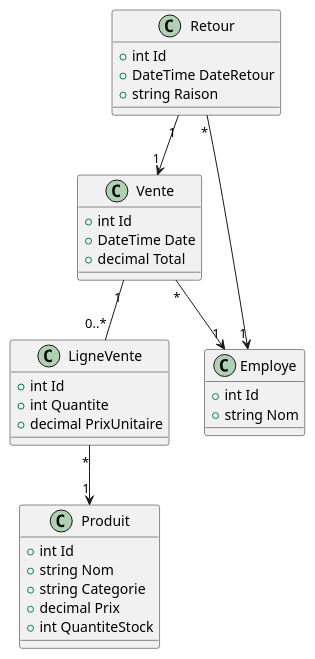
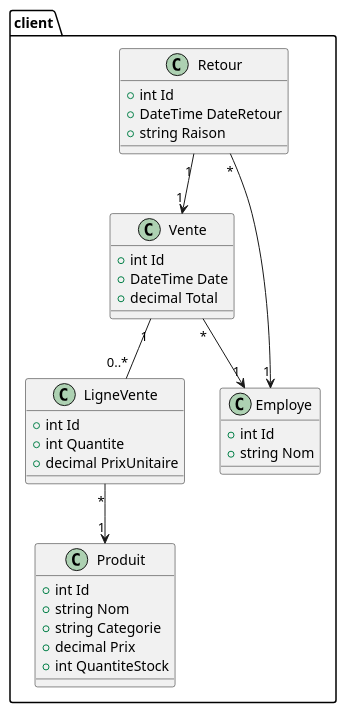
One commit to itsahmed98/log430-lab1 changed the diagram in docs/UML/Vue-logique/Produit.puml. Above: the diagram before and after it, drawn with PlantUML. The commit also changed 3 other files, not shown here.

```diff
--- a/docs/UML/Vue-logique/Produit.puml
+++ b/docs/UML/Vue-logique/Produit.puml
@@ -1,40 +1,44 @@
 @startuml
 
-class Produit {
+
+package "client" {
+  class Produit {
   +int Id
   +string Nom
   +string Categorie
   +decimal Prix
   +int QuantiteStock
+  }
+
+  class Vente {
+    +int Id
+    +DateTime Date
+    +decimal Total
+  }
+
+  class LigneVente {
+    +int Id
+    +int Quantite
+    +decimal PrixUnitaire
+  }
+
+  class Retour {
+    +int Id
+    +DateTime DateRetour
+    +string Raison
+  }
+
+  class Employe {
+    +int Id
+    +string Nom
+  }
+
+  Vente "1" -- "0..*" LigneVente
+  LigneVente "*" --> "1" Produit
+  Retour "1" --> "1" Vente
+  Retour "*" --> "1" Employe
+  Vente "*" --> "1" Employe
+
 }
 
-class Vente {
-  +int Id
-  +DateTime Date
-  +decimal Total
-}
-
-class LigneVente {
-  +int Id
-  +int Quantite
-  +decimal PrixUnitaire
-}
-
-class Retour {
-  +int Id
-  +DateTime DateRetour
-  +string Raison
-}
-
-class Employe {
-  +int Id
-  +string Nom
-}
-
-Vente "1" -- "0..*" LigneVente
-LigneVente "*" --> "1" Produit
-Retour "1" --> "1" Vente
-Retour "*" --> "1" Employe
-Vente "*" --> "1" Employe
-
 @enduml
```
